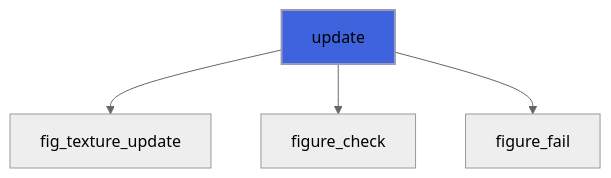
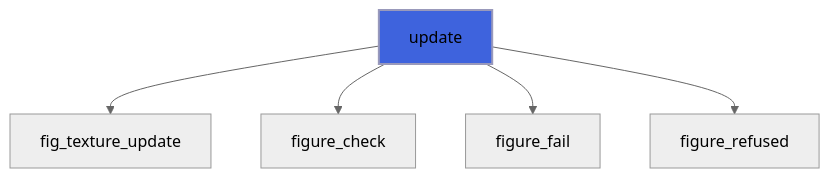
One commit to szaghi/figure changed the third of 8 diagrams in docs/api/src/lib/figure_texture.md. Above: the diagram before and after it, drawn with Mermaid (neutral theme). The commit also changed other lines of this file and 13 other files, not shown here.

````diff
--- a/docs/api/src/lib/figure_texture.md
+++ b/docs/api/src/lib/figure_texture.md
@@ -126,7 +127,8 @@
 ```mermaid
 flowchart TD
   update["update"] --> fig_texture_update["fig_texture_update"]
   update["update"] --> figure_check["figure_check"]
   update["update"] --> figure_fail["figure_fail"]
+  update["update"] --> figure_refused["figure_refused"]
   style update fill:#3e63dd,stroke:#99b,stroke-width:2px
 ```
````
